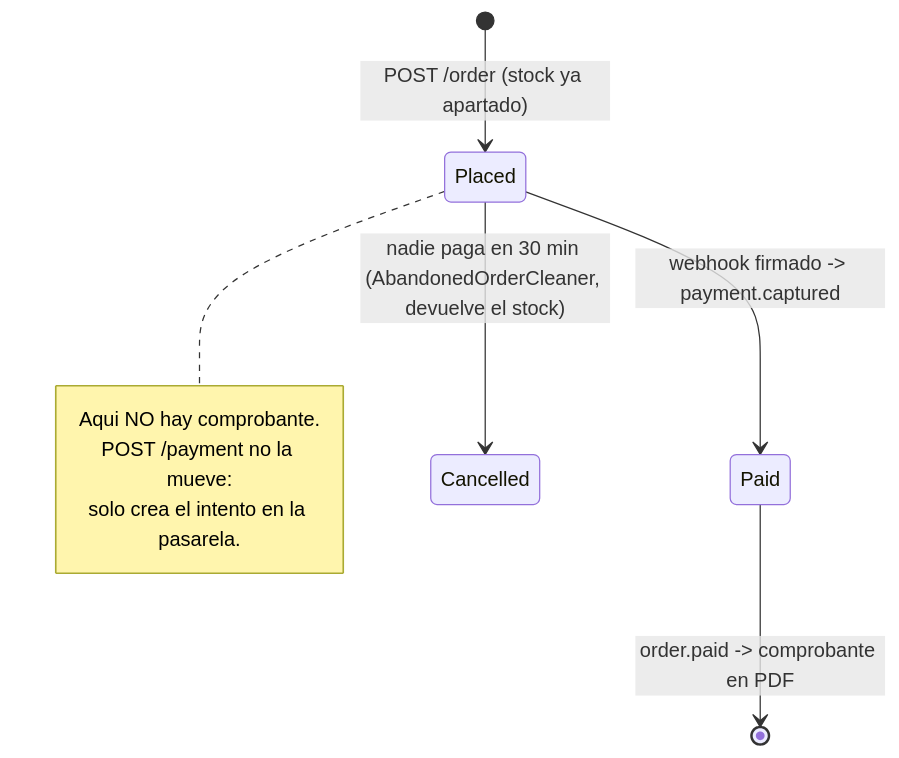
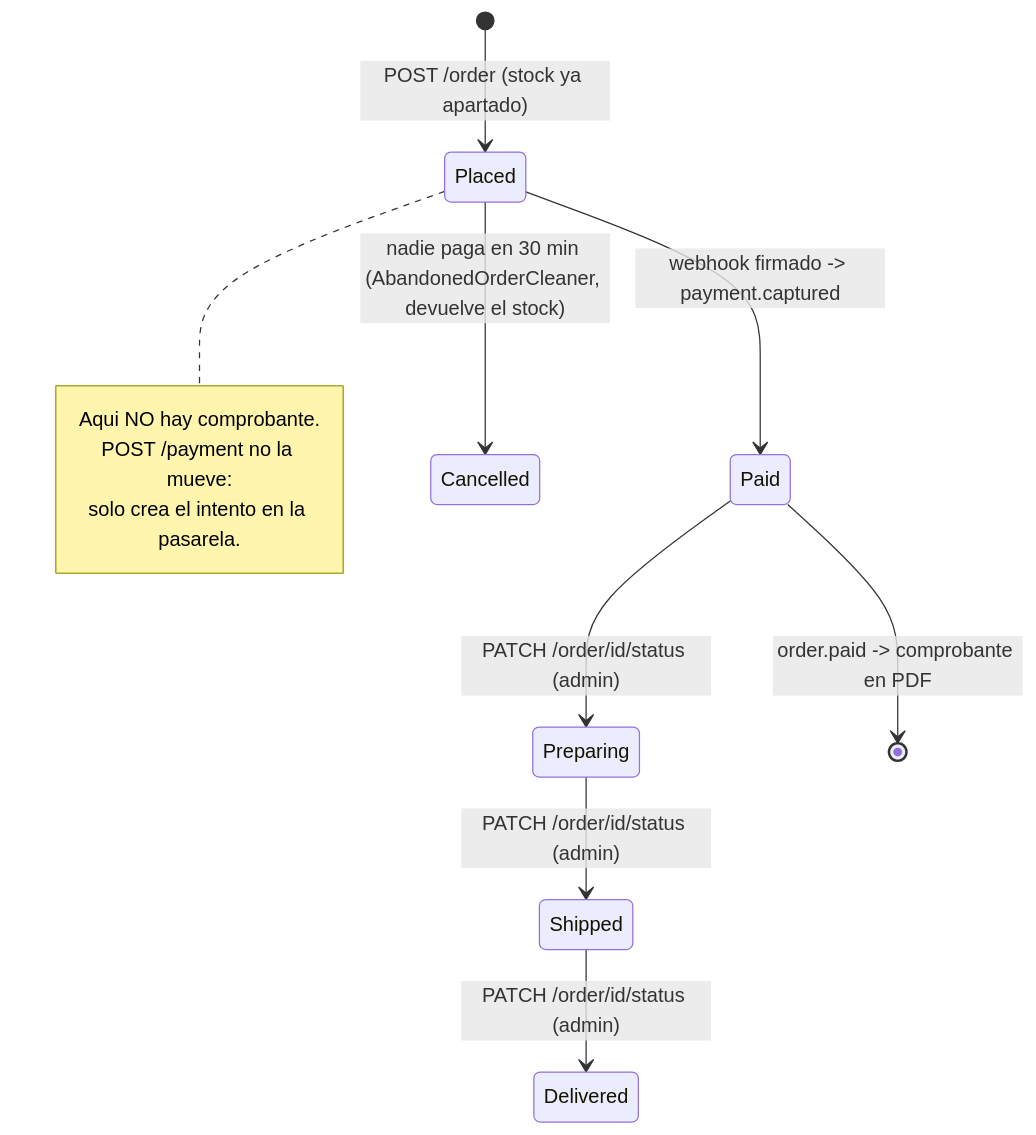
Before and after one commit to AlexMartin998/dotnet-ecommerce-v1: the sixth of 6 diagrams in AGENTS/docs/08-mapa-de-endpoints.md, drawn with Mermaid. The commit also changed other lines of this file and 37 other files, not shown here.

Commit message:
feat(ordering): add cart quote, order status transitions and admin stats

````diff
--- a/AGENTS/docs/08-mapa-de-endpoints.md
+++ b/AGENTS/docs/08-mapa-de-endpoints.md
@@ -617,12 +651,15 @@
 ```mermaid
 stateDiagram-v2
     [*] --> Placed: POST /order (stock ya apartado)
     Placed --> Paid: webhook firmado -> payment.captured
     Placed --> Cancelled: nadie paga en 30 min (AbandonedOrderCleaner, devuelve el stock)
+    Paid --> Preparing: PATCH /order/id/status (admin)
+    Preparing --> Shipped: PATCH /order/id/status (admin)
+    Shipped --> Delivered: PATCH /order/id/status (admin)
     Paid --> [*]: order.paid -> comprobante en PDF
     note right of Placed
         Aqui NO hay comprobante.
         POST /payment no la mueve:
         solo crea el intento en la pasarela.
     end note
 ```
````
